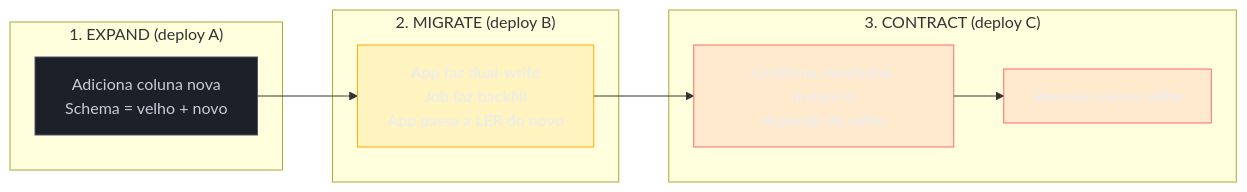
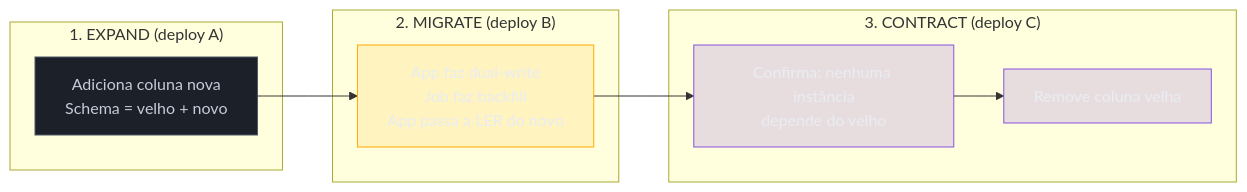
Before and after one commit to josenaldo/codex-technomanticus: the second of 3 diagrams in 03-Dominios/Engenharia/Operação/2 - Entrega e release/04 - Migrations de banco em produção.md, drawn with Mermaid. The commit also changed 601 other files, not shown here.

````diff
--- a/03-Dominios/Engenharia/Operação/2 - Entrega e release/04 - Migrations de banco em produção.md
+++ b/03-Dominios/Engenharia/Operação/2 - Entrega e release/04 - Migrations de banco em produção.md
@@ -70,21 +70,21 @@
 ```mermaid
 graph LR
+    classDef marca fill:#8855DF33,stroke:#8855DF,color:#E9ECF2
     classDef neutro fill:#1B2029,stroke:#4E5666,color:#C6CCD8
     classDef destaque fill:#FFAA0024,stroke:#FFAA00,color:#E9ECF2
-    classDef falha fill:#FF6B6B24,stroke:#FF6B6B,color:#E9ECF2
     subgraph E["1. EXPAND (deploy A)"]
         E1["Adiciona coluna nova<br/>Schema = velho + novo"]
     end
     subgraph M["2. MIGRATE (deploy B)"]
         M1["App faz dual-write<br/>Job faz backfill<br/>App passa a LER do novo"]
     end
     subgraph C["3. CONTRACT (deploy C)"]
         C1["Confirma: nenhuma instância<br/>depende do velho"]
         C2["Remove coluna velha"]
     end
     E1 --> M1 --> C1 --> C2
     class E1 neutro
     class M1 destaque
-    class C1 falha
-    class C2 falha
+    class C1 marca
+    class C2 marca
 ```
````
